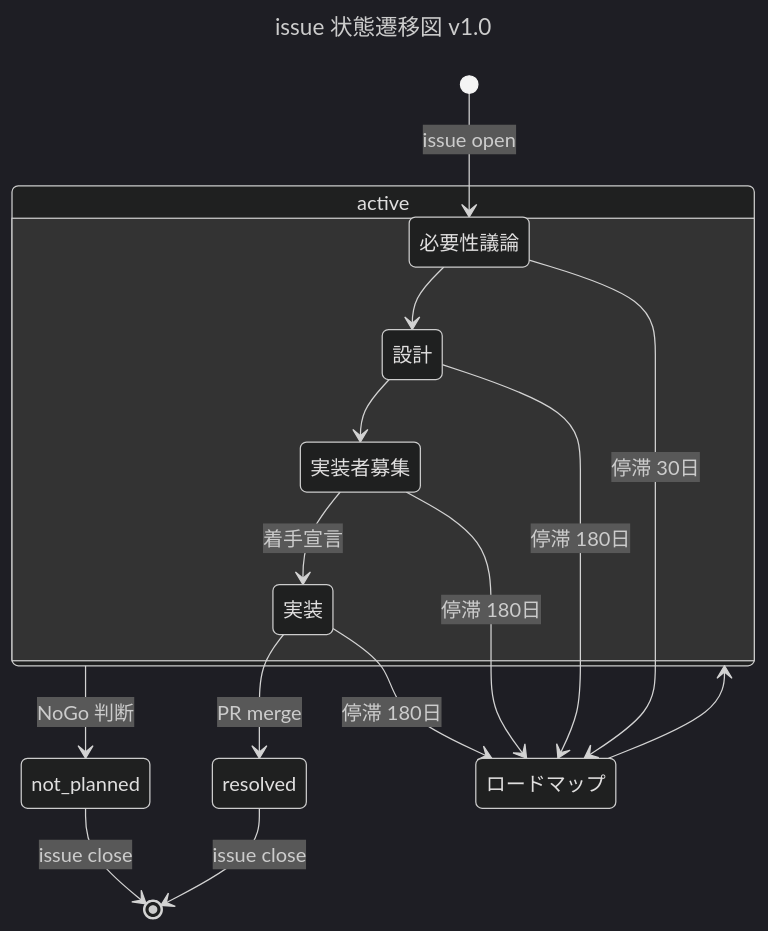
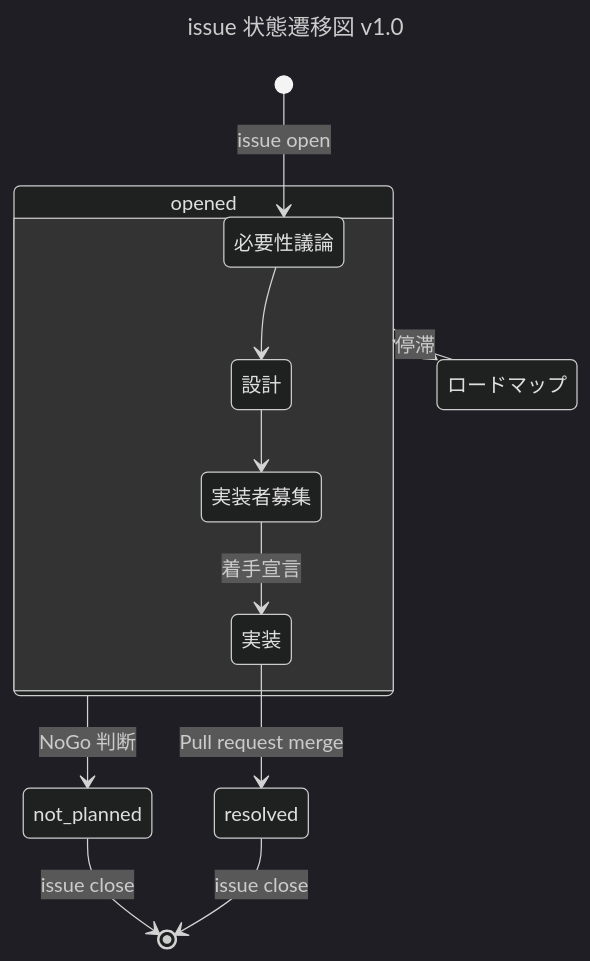
One commit to VOICEVOX/voicevox_engine changed the diagram in CONTRIBUTING.md. Above: the diagram before and after it, drawn with Mermaid (dark theme). The commit also changed other lines of this file, not shown here.

Commit message:
fix: 語彙変更

````diff
--- a/CONTRIBUTING.md
+++ b/CONTRIBUTING.md
@@ -238,21 +238,18 @@
 ```mermaid
 ---
 title: issue 状態遷移図 v1.0
 ---
 stateDiagram-v2
     [*]     --> 必要性議論 : issue open
-    state active {
+    state opened {
       必要性議論 --> 設計
       設計       --> 実装者募集
       実装者募集 --> 実装 : 着手宣言
     }
-    active      --> not_planned  : NoGo 判断
+    opened      --> not_planned  : NoGo 判断
     not_planned --> [*]          : issue close
-    実装        --> resolved     : PR merge
+    実装        --> resolved     : Pull request merge
     resolved    --> [*]          : issue close
-    ロードマップ --> active
-    実装        --> ロードマップ  : 停滞 180日 
-    実装者募集   --> ロードマップ  : 停滞 180日 
-    設計         --> ロードマップ : 停滞 180日
-    必要性議論   --> ロードマップ  : 停滞 30日
+    opened      --> ロードマップ : 停滞
+    ロードマップ --> opened
 ```
````
